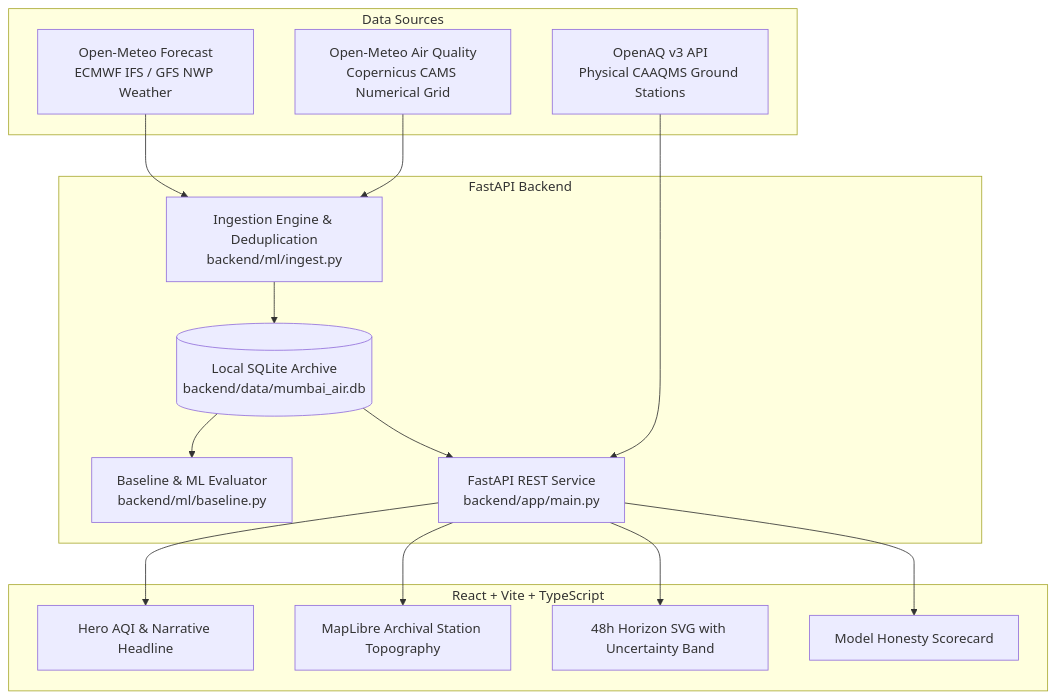
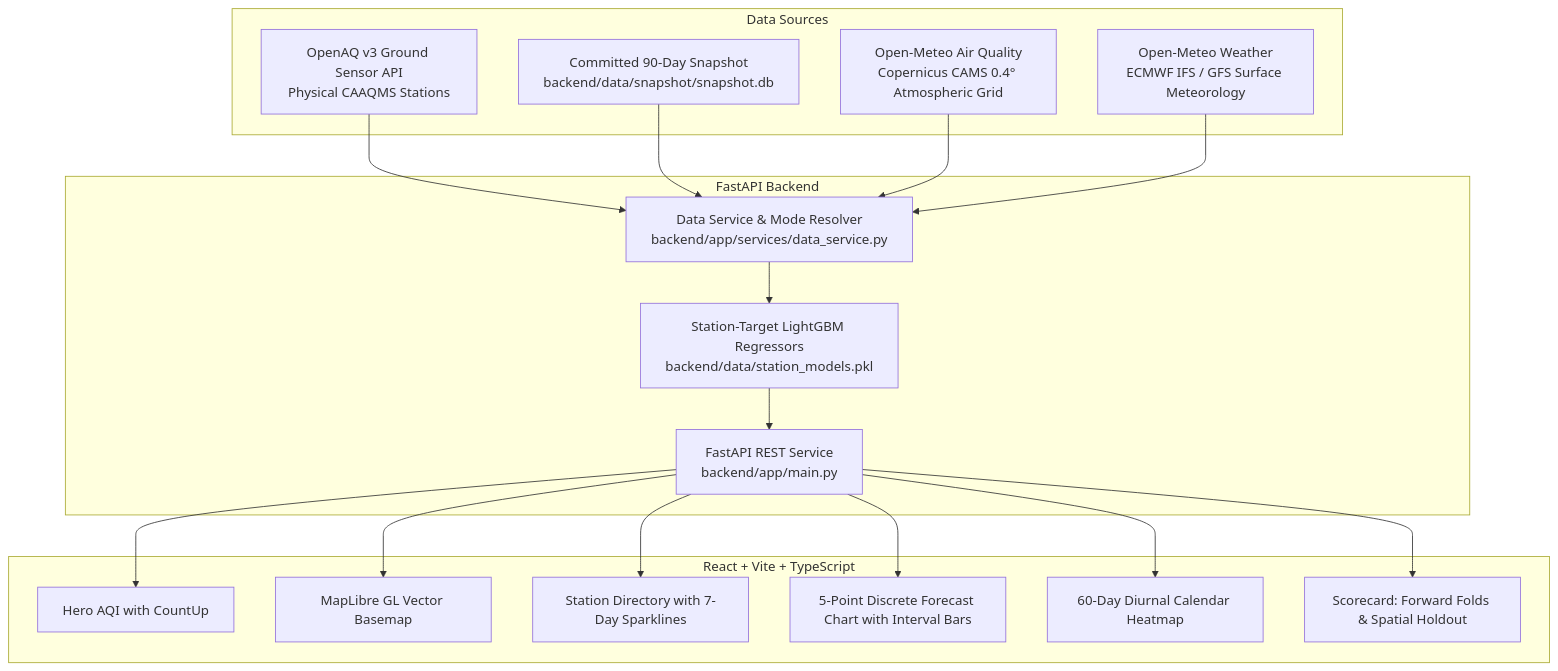
One commit to Moheet10/mumbai-air-atlas changed the diagram in README.md. Above: the diagram before and after it, drawn with Mermaid. The commit also changed other lines of this file and 76 other files, not shown here.

````diff
--- a/README.md
+++ b/README.md
@@ -26,33 +81,37 @@
 ```mermaid
 flowchart TD
     subgraph Data Sources
-        OA[OpenAQ v3 API\nPhysical CAAQMS Ground Stations]
-        OM_AQ[Open-Meteo Air Quality\nCopernicus CAMS Numerical Grid]
-        OM_W[Open-Meteo Forecast\nECMWF IFS / GFS NWP Weather]
+        OA[OpenAQ v3 Ground Sensor API\nPhysical CAAQMS Stations]
+        OM_AQ[Open-Meteo Air Quality\nCopernicus CAMS 0.4° Atmospheric Grid]
+        OM_W[Open-Meteo Weather\nECMWF IFS / GFS Surface Meteorology]
+        SNAP[Committed 90-Day Snapshot\nbackend/data/snapshot/snapshot.db]
     end
 
     subgraph Backend Pipeline [FastAPI Backend]
-        INGEST[Ingestion Engine & Deduplication\nbackend/ml/ingest.py]
-        DB[(Local SQLite Archive\nbackend/data/mumbai_air.db)]
-        EVAL[Baseline & ML Evaluator\nbackend/ml/baseline.py]
+        DATA[Data Service & Mode Resolver\nbackend/app/services/data_service.py]
+        MODEL[Station-Target LightGBM Regressors\nbackend/data/station_models.pkl]
         API[FastAPI REST Service\nbackend/app/main.py]
     end
 
     subgraph Frontend [React + Vite + TypeScript]
-        HERO[Hero AQI & Narrative Headline]
-        MAP[MapLibre Archival Station Topography]
-        CHART[48h Horizon SVG with Uncertainty Band]
-        SCORE[Model Honesty Scorecard]
+        HERO[Hero AQI with CountUp]
+        MAP[MapLibre GL Vector Basemap]
+        SPARK[Station Directory with 7-Day Sparklines]
+        CHART[5-Point Discrete Forecast Chart with Interval Bars]
+        HEAT[60-Day Diurnal Calendar Heatmap]
+        SCORE[Scorecard: Forward Folds & Spatial Holdout]
     end
 
-    OA --> API
-    OM_AQ --> INGEST
-    OM_W --> INGEST
-    INGEST --> DB
-    DB --> EVAL
-    DB --> API
+    OA --> DATA
+    SNAP --> DATA
+    OM_AQ --> DATA
+    OM_W --> DATA
+    DATA --> MODEL
+    MODEL --> API
     API --> HERO
     API --> MAP
+    API --> SPARK
     API --> CHART
+    API --> HEAT
     API --> SCORE
 ```
````
